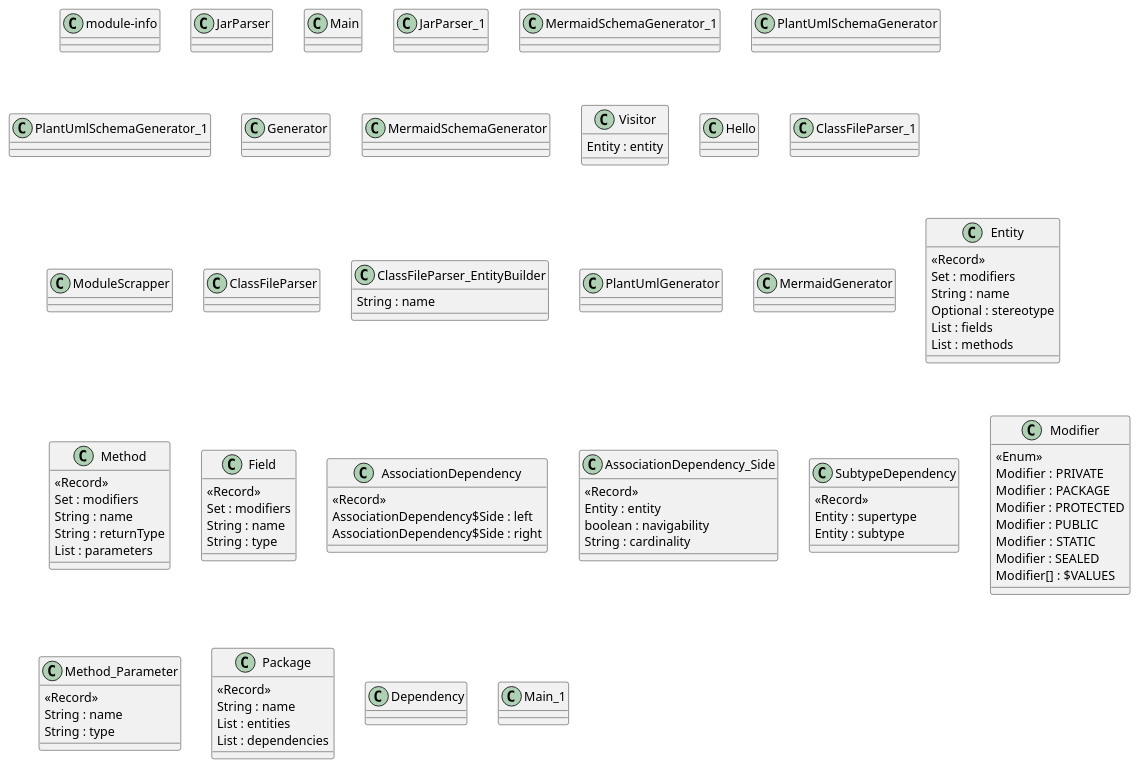
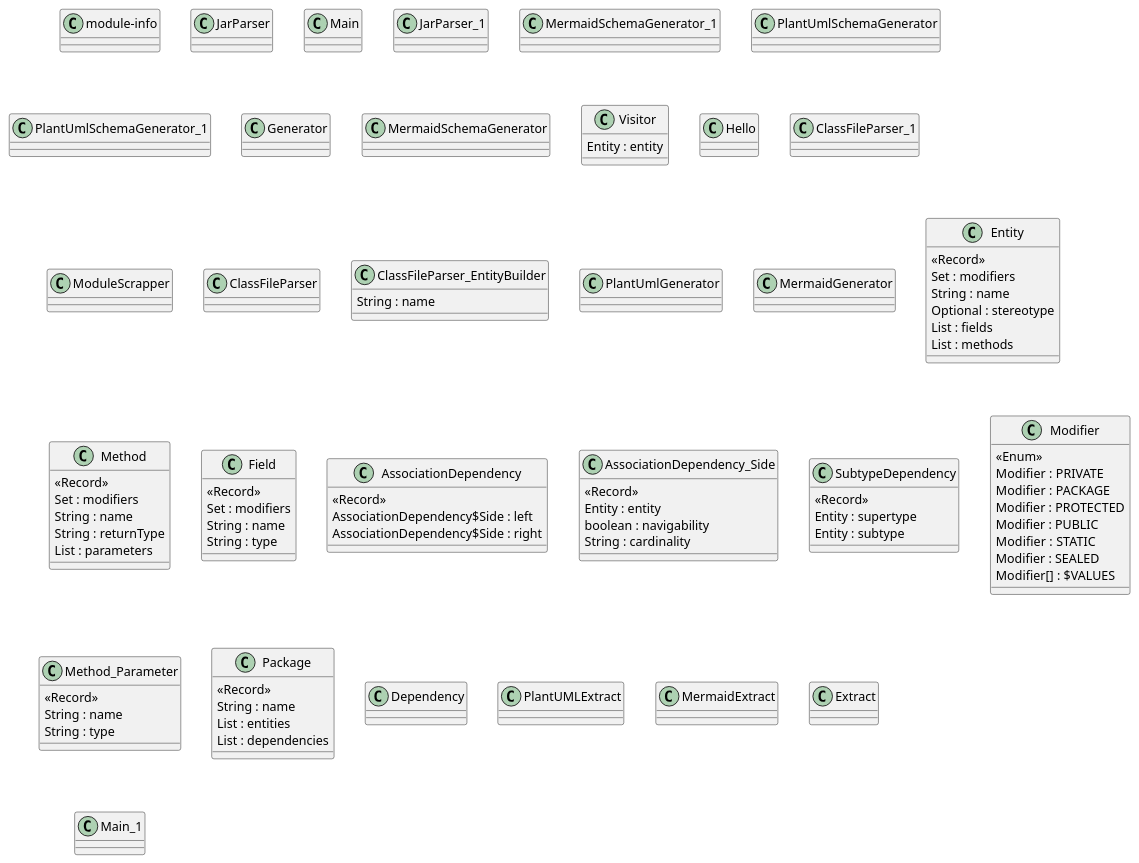
One commit to forax/umldoc changed the diagram in src/main/java/com/github/veluvexiau/umldoc/core/plantExport.md. Above: the diagram before and after it, drawn with PlantUML. The commit also changed 5 other files, not shown here.

```diff
--- a/src/main/java/com/github/veluvexiau/umldoc/core/plantExport.md
+++ b/src/main/java/com/github/veluvexiau/umldoc/core/plantExport.md
@@ -130,7 +130,16 @@
 	class Dependency{
 	}
 
+	class PlantUMLExtract{
+	}
+
+	class MermaidExtract{
+	}
+
 	class Main{
+	}
+
+	class Extract{
 	}
 
 	class Main_1{
```
